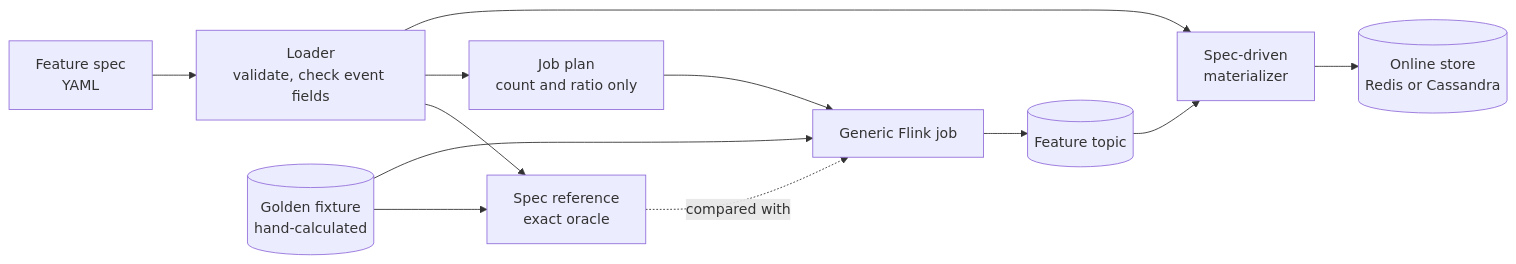
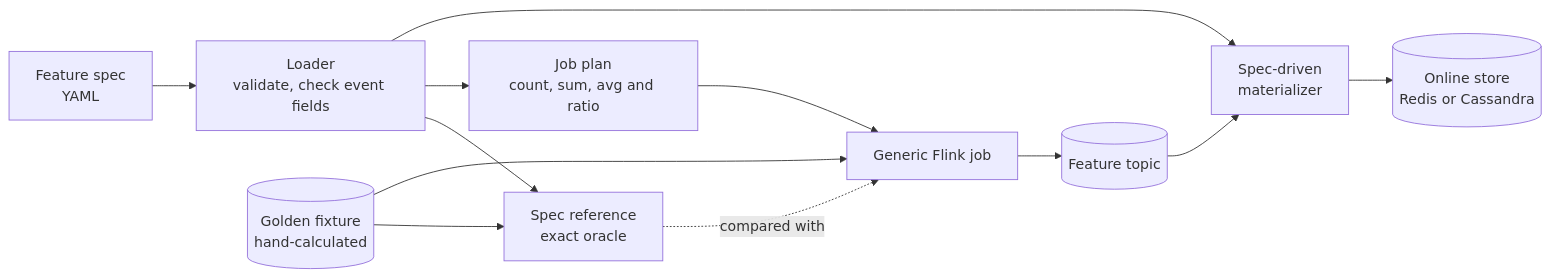
One commit to oster-dev/featureforge changed the sixth of 12 diagrams in ARCHITECTURE.md. Above: the diagram before and after it, drawn with Mermaid. The commit also changed other lines of this file and 25 other files, not shown here.

First line of the commit message:
feat(streaming): serve sum and a derived avg online (ADR-017) (#142)

````diff
--- a/ARCHITECTURE.md
+++ b/ARCHITECTURE.md
@@ -300,14 +300,14 @@
 ```mermaid
 flowchart LR
     Y[Feature spec<br/>YAML] --> L[Loader<br/>validate, check event fields]
     L --> R[Spec reference<br/>exact oracle]
-    L --> P[Job plan<br/>count and ratio only]
+    L --> P[Job plan<br/>count, sum, avg and ratio]
     P --> G[Generic Flink job]
     G --> T[(Feature topic)]
     T --> MS[Spec-driven<br/>materializer]
     L --> MS
     MS --> RS[(Online store<br/>Redis or Cassandra)]
     FX[(Golden fixture<br/>hand-calculated)] --> R
     FX --> G
     R -.->|compared with| G
 ```
````
